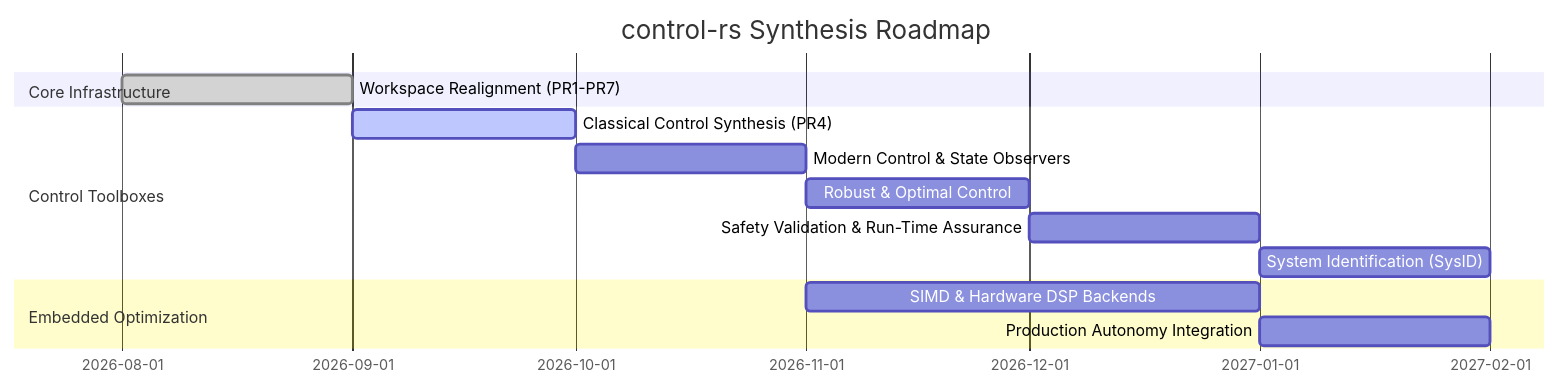
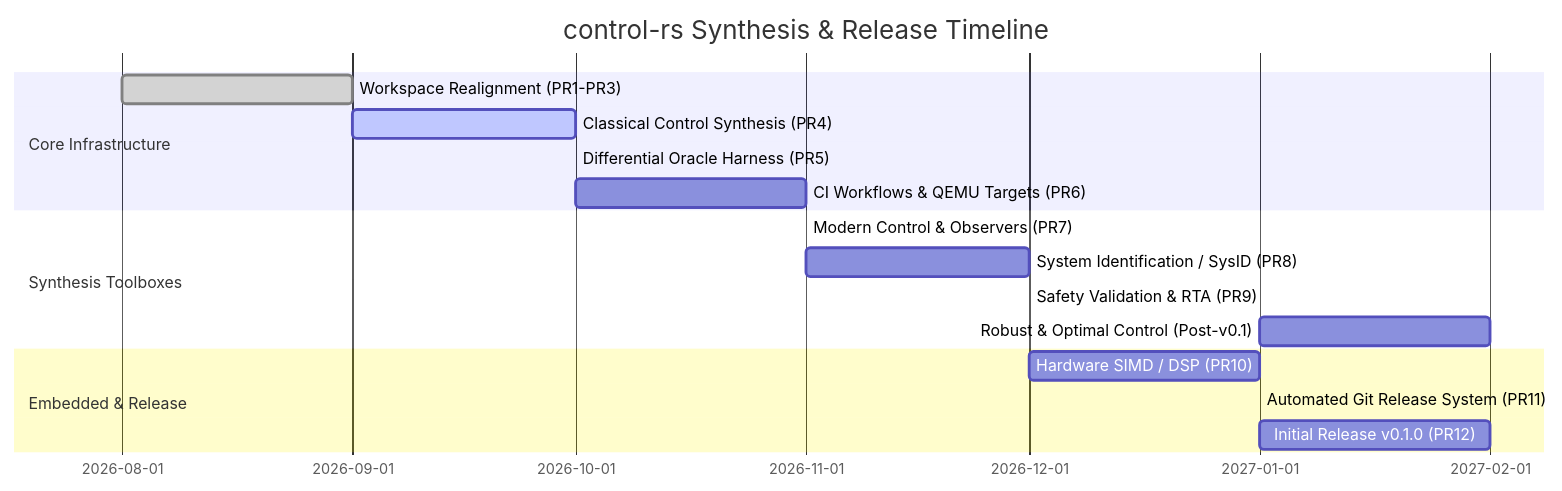
The fourth of 4 diagrams in documentation/roadmap.md (Dyse-Industries/control-rs), drawn with Mermaid before and after one commit. The commit also changed other lines of this file, not shown here.

Commit message:
docs(roadmap): expand roadmap with 12-stage milestone breakdown and release workflow

````diff
--- a/documentation/roadmap.md
+++ b/documentation/roadmap.md
@@ -147,16 +285,19 @@
 ```mermaid
 gantt
-    title control-rs Synthesis Roadmap
+    title control-rs Synthesis & Release Timeline
     dateFormat  YYYY-MM
     section Core Infrastructure
-    Workspace Realignment (PR1-PR7)        :done,    des1, 2026-08, 2026-09
-    section Control Toolboxes
+    Workspace Realignment (PR1-PR3)        :done,    des1, 2026-08, 2026-09
     Classical Control Synthesis (PR4)      :active,  des2, 2026-09, 2026-10
-    Modern Control & State Observers       :         des3, 2026-10, 2026-11
-    Robust & Optimal Control               :         des4, 2026-11, 2026-12
-    Safety Validation & Run-Time Assurance :         des5, 2026-12, 2027-01
-    System Identification (SysID)          :         des6, 2027-01, 2027-02
-    section Embedded Optimization
-    SIMD & Hardware DSP Backends           :         des7, 2026-11, 2027-01
-    Production Autonomy Integration        :         des8, 2027-01, 2027-02
+    Differential Oracle Harness (PR5)      :         des3, 2026-10, 2026-10
+    CI Workflows & QEMU Targets (PR6)      :         des4, 2026-10, 2026-11
+    section Synthesis Toolboxes
+    Modern Control & Observers (PR7)       :         des5, 2026-11, 2026-11
+    System Identification / SysID (PR8)    :         des6, 2026-11, 2026-12
+    Safety Validation & RTA (PR9)          :         des7, 2026-12, 2026-12
+    Robust & Optimal Control (Post-v0.1)   :         des8, 2027-01, 2027-02
+    section Embedded & Release
+    Hardware SIMD / DSP (PR10)             :         des9, 2026-12, 2027-01
+    Automated Git Release System (PR11)    :         des10, 2027-01, 2027-01
+    Initial Release v0.1.0 (PR12)          :         des11, 2027-01, 2027-02
 ```
````
